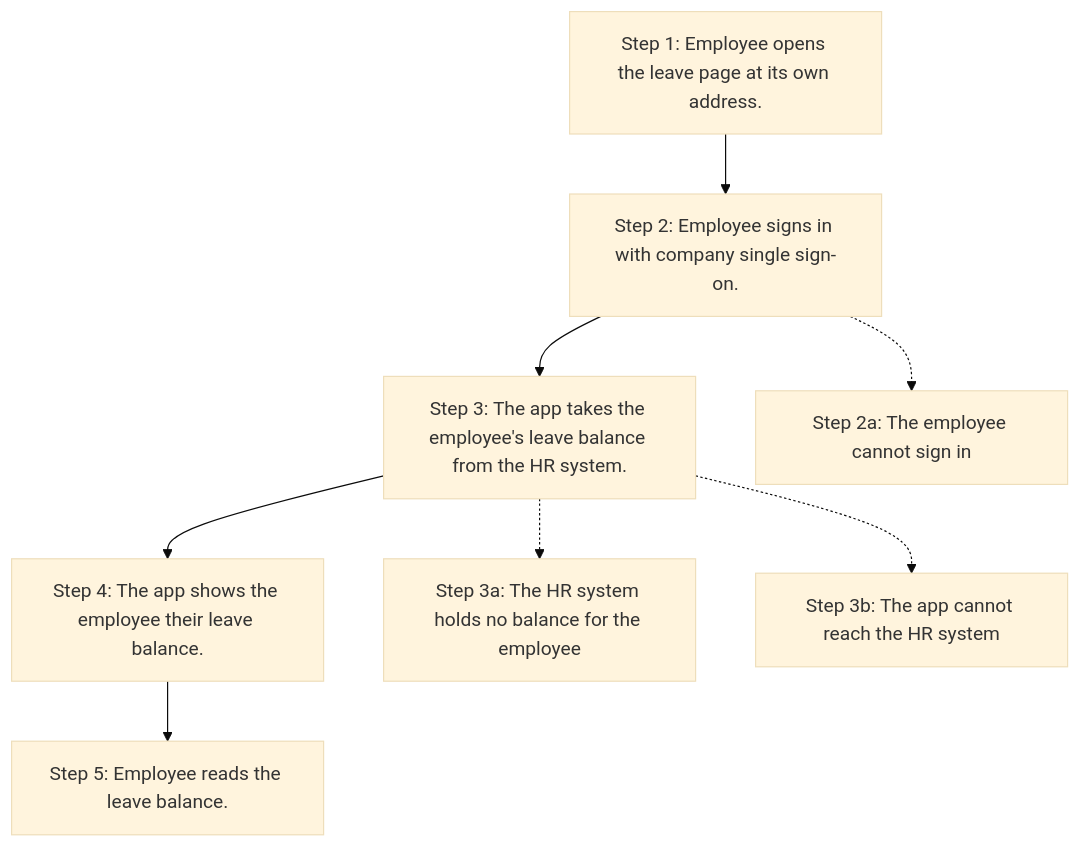
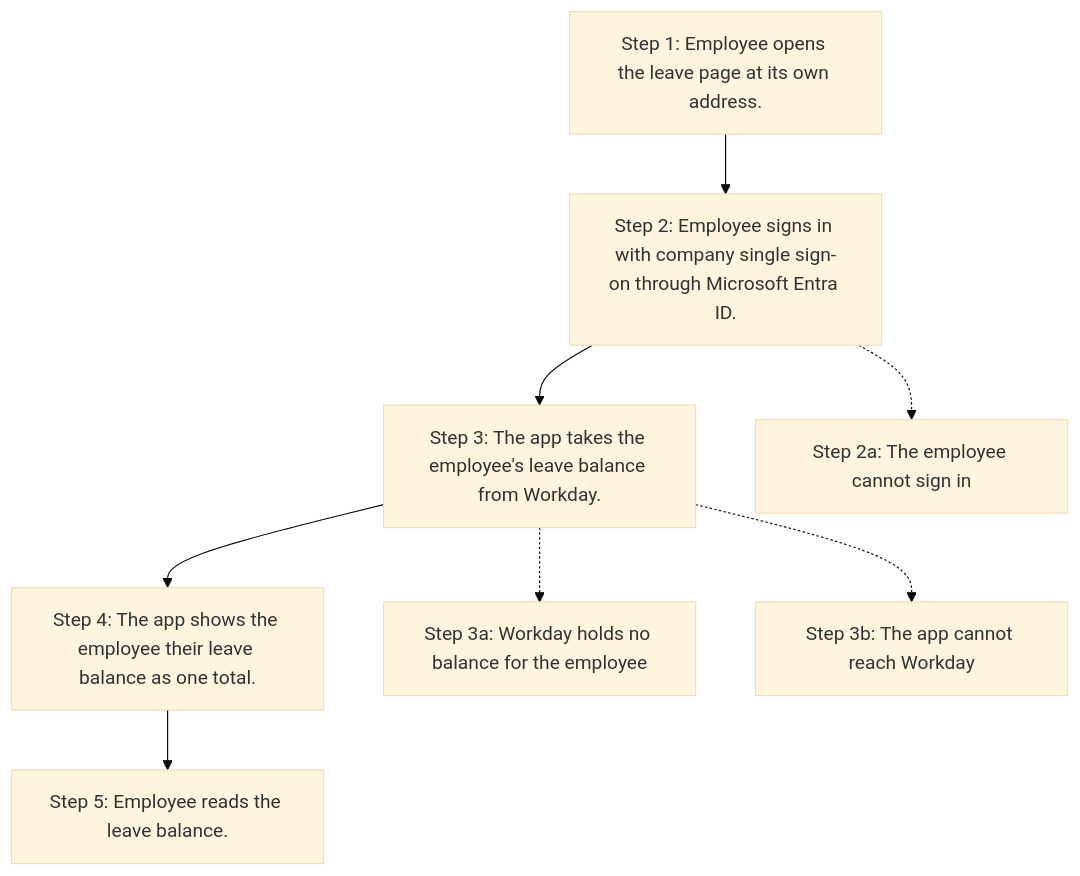
Before and after one commit to lhtshyamalshah/northstar-support-portal: the fifth of 5 diagrams in zbrain-docs/requirements/user-journey.md, drawn with Mermaid (base theme). The commit also changed other lines of this file and 1 other file, not shown here.

Commit message:
docs(requirements): specify leave page requirements
Session: b2c32e27-2e42-49f1-af8f-7aa9b18f8e83
Timestamp: 2026-11-27T07:41:55.754Z

````diff
--- a/zbrain-docs/requirements/user-journey.md
+++ b/zbrain-docs/requirements/user-journey.md
@@ -132,10 +132,10 @@
 ```mermaid
 flowchart TD
-  s1["Step 1: Employee opens the leave page at its own address."] --> s2["Step 2: Employee signs in with company single sign-on."]
-  s2 --> s3["Step 3: The app takes the employee's leave balance from the HR system."]
-  s3 --> s4["Step 4: The app shows the employee their leave balance."]
+  s1["Step 1: Employee opens the leave page at its own address."] --> s2["Step 2: Employee signs in with company single sign-on through Microsoft Entra ID."]
+  s2 --> s3["Step 3: The app takes the employee's leave balance from Workday."]
+  s3 --> s4["Step 4: The app shows the employee their leave balance as one total."]
   s4 --> s5["Step 5: Employee reads the leave balance."]
   s2 -.-> x2a["Step 2a: The employee cannot sign in"]
-  s3 -.-> x3a["Step 3a: The HR system holds no balance for the employee"]
-  s3 -.-> x3b["Step 3b: The app cannot reach the HR system"]
+  s3 -.-> x3a["Step 3a: Workday holds no balance for the employee"]
+  s3 -.-> x3b["Step 3b: The app cannot reach Workday"]
 ```
````
